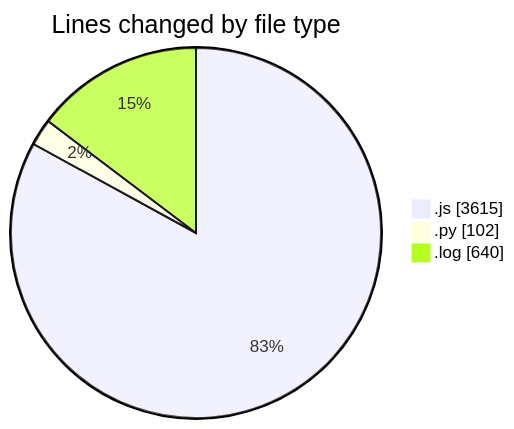
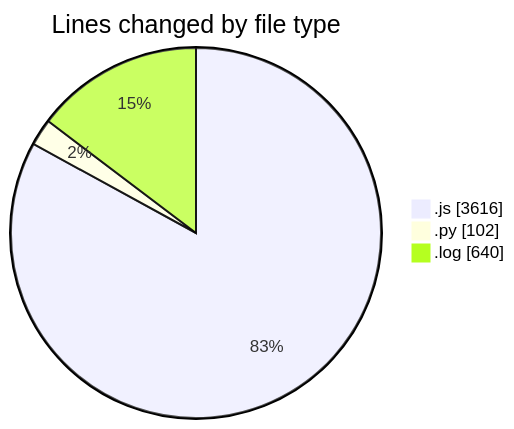
Before and after one commit to nxtqubesakshisongat/code-tracking: the first of 2 diagrams in 2025-04-16/nxtqube_webapp/README.md, drawn with Mermaid. The commit also changed other lines of this file and 1 other file, not shown here.

````diff
--- a/2025-04-16/nxtqube_webapp/README.md
+++ b/2025-04-16/nxtqube_webapp/README.md
@@ -24,7 +24,7 @@
 ```mermaid
 pie showData
 title Lines changed by file type
-".js" : 3615
+".js" : 3616
 ".py" : 102
 ".log" : 640
 ```
````
